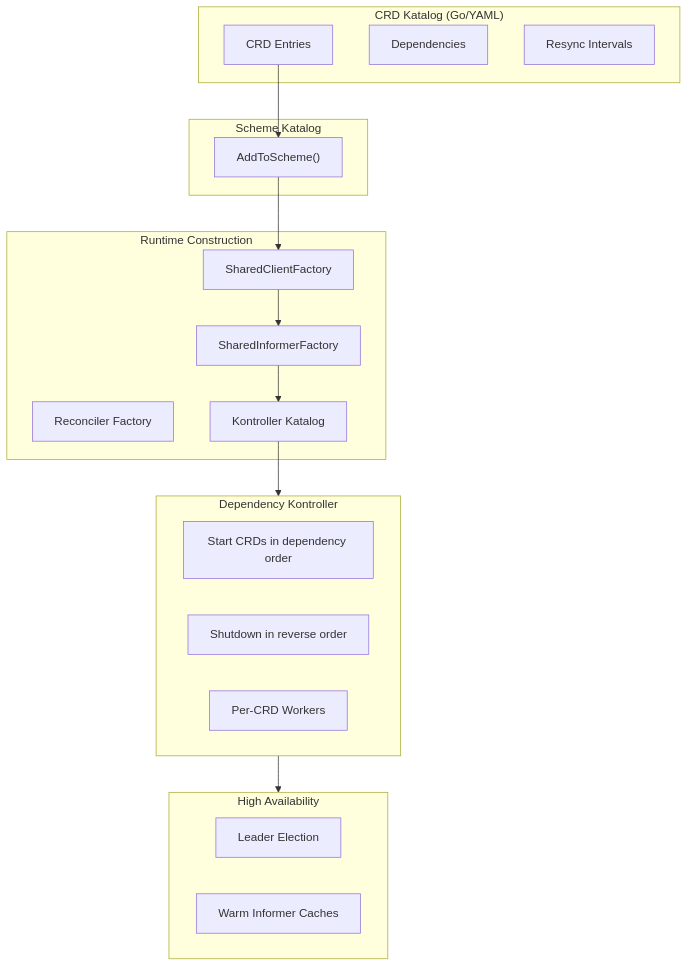
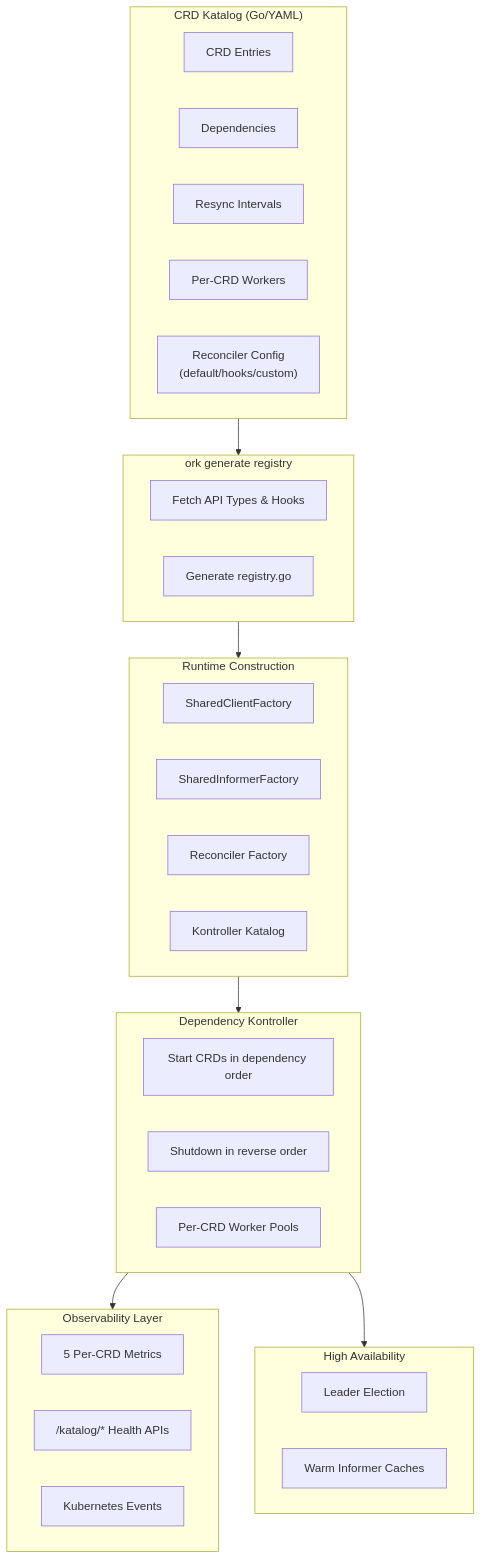
Before and after one commit to iAlexeze/orkestra: the first of 2 diagrams in docs/component-deep-dive.md, drawn with Mermaid. The commit also changed other lines of this file and 5 other files, not shown here.

````diff
--- a/docs/component-deep-dive.md
+++ b/docs/component-deep-dive.md
@@ -23,37 +23,45 @@
 ```mermaid
 flowchart TB
     subgraph Katalog["CRD Katalog (Go/YAML)"]
         CRD["CRD Entries"]
         DEP["Dependencies"]
         RESYNC["Resync Intervals"]
+        WORKERS["Per‑CRD Workers"]
+        RECONCILER["Reconciler Config<br/>(default/hooks/custom)"]
     end
 
-    subgraph Scheme["Scheme Katalog"]
-        SCH["AddToScheme()"]
+    subgraph Generation["`ork generate registry`"]
+        FETCH["Fetch API Types & Hooks"]
+        REGEN["Generate registry.go"]
     end
 
     subgraph Runtime["Runtime Construction"]
         CPF["SharedClientFactory"]
         INF["SharedInformerFactory"]
         CREC["Reconciler Factory"]
         CREG["Kontroller Katalog"]
     end
 
     subgraph Control["Dependency Kontroller"]
         START["Start CRDs in dependency order"]
         STOP["Shutdown in reverse order"]
-        WORK["Per‑CRD Workers"]
+        WORK["Per‑CRD Worker Pools"]
+    end
+
+    subgraph Observability["Observability Layer"]
+        METRICS["5 Per‑CRD Metrics"]
+        HEALTH["/katalog/* Health APIs"]
+        EVENTS["Kubernetes Events"]
     end
 
     subgraph HA["High Availability"]
         LE["Leader Election"]
         CACHE["Warm Informer Caches"]
     end
 
-    CRD --> SCH
-    SCH --> CPF
-    CPF --> INF
-    INF --> CREG
-    CREG --> Control
+    Katalog --> Generation
+    Generation --> Runtime
+    Runtime --> Control
+    Control --> Observability
     Control --> HA
 ```
````
